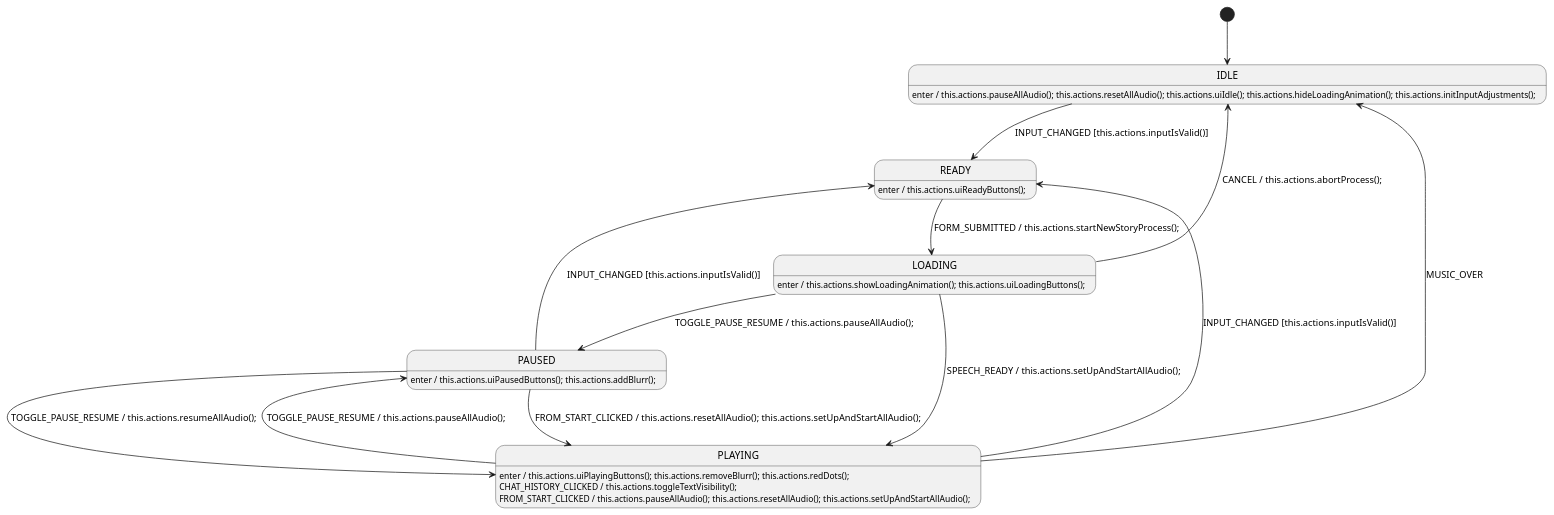
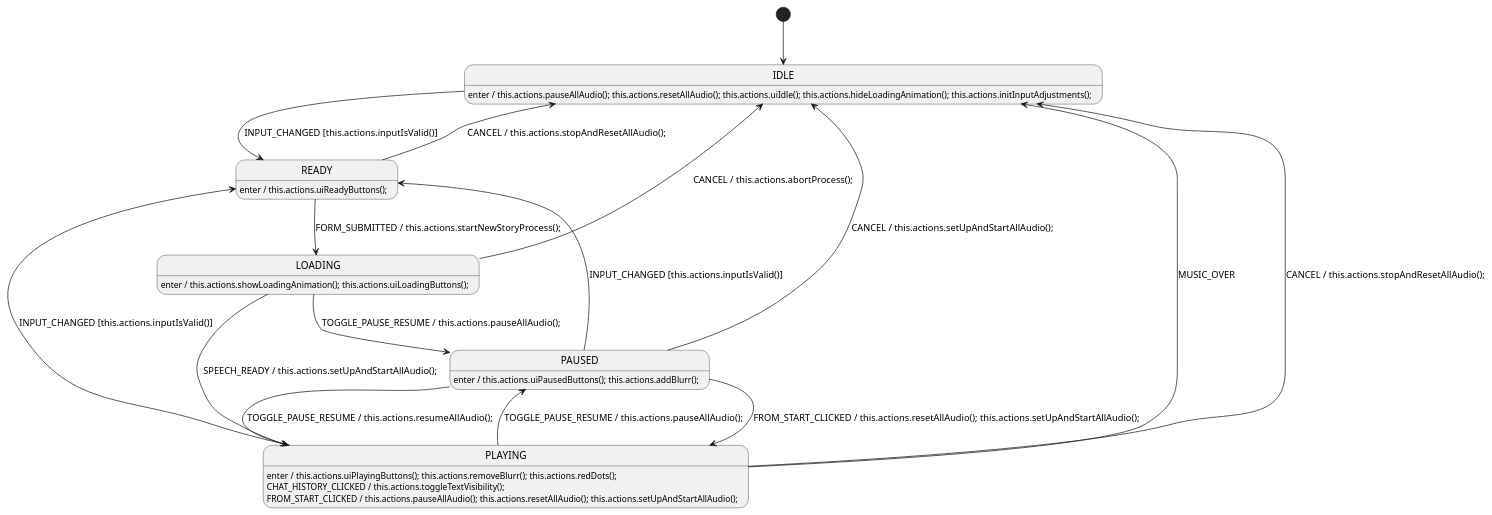
The diagram in static/js/audioSmActions.plantuml (grannygoestoheaven/teller), drawn with PlantUML before and after one commit. The commit also changed 9 other files, not shown here.

```diff
--- a/static/js/audioSmActions.plantuml
+++ b/static/js/audioSmActions.plantuml
@@ -1,42 +1,45 @@
 @startuml AudioStateMachine
 
     '############################ States ############################
 
     [*] --> IDLE
 
     state IDLE
     state READY
     state LOADING
     state PLAYING
     state PAUSED
 
     '############################ Handlers ############################
 
     IDLE: enter / this.actions.pauseAllAudio(); this.actions.resetAllAudio(); this.actions.uiIdle(); this.actions.hideLoadingAnimation(); this.actions.initInputAdjustments();
     IDLE --> READY : INPUT_CHANGED [this.actions.inputIsValid()]
 
     READY: enter / this.actions.uiReadyButtons();
     READY --> LOADING : FORM_SUBMITTED / this.actions.startNewStoryProcess();
+    READY --> IDLE: CANCEL / this.actions.stopAndResetAllAudio();
 
     LOADING: enter / this.actions.showLoadingAnimation(); this.actions.uiLoadingButtons();
     LOADING --> PLAYING : SPEECH_READY / this.actions.setUpAndStartAllAudio();
     LOADING --> PAUSED : TOGGLE_PAUSE_RESUME / this.actions.pauseAllAudio();
     LOADING --> IDLE : CANCEL / this.actions.abortProcess();
 
     PLAYING: enter / this.actions.uiPlayingButtons(); this.actions.removeBlurr(); this.actions.redDots();
     PLAYING --> PAUSED : TOGGLE_PAUSE_RESUME / this.actions.pauseAllAudio();
     PLAYING --> IDLE : MUSIC_OVER
     PLAYING --> READY : INPUT_CHANGED [this.actions.inputIsValid()]
+    PLAYING --> IDLE: CANCEL / this.actions.stopAndResetAllAudio();
     PLAYING : CHAT_HISTORY_CLICKED / this.actions.toggleTextVisibility();
     PLAYING : FROM_START_CLICKED / this.actions.pauseAllAudio(); this.actions.resetAllAudio(); this.actions.setUpAndStartAllAudio();
 
     PAUSED: enter / this.actions.uiPausedButtons(); this.actions.addBlurr();
     PAUSED --> PLAYING : TOGGLE_PAUSE_RESUME / this.actions.resumeAllAudio();
     PAUSED --> PLAYING : FROM_START_CLICKED / this.actions.resetAllAudio(); this.actions.setUpAndStartAllAudio();
     PAUSED --> READY : INPUT_CHANGED [this.actions.inputIsValid()]
+    PAUSED --> IDLE: CANCEL / this.actions.setUpAndStartAllAudio();
 
 /'! $CONFIG : toml
 SmRunnerSettings.transpilerId = "JavaScript"
 '/
 
 @enduml
```
